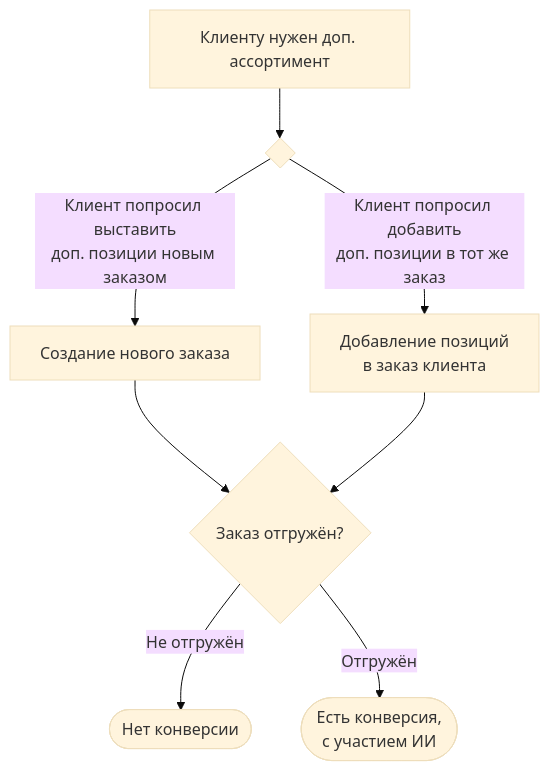
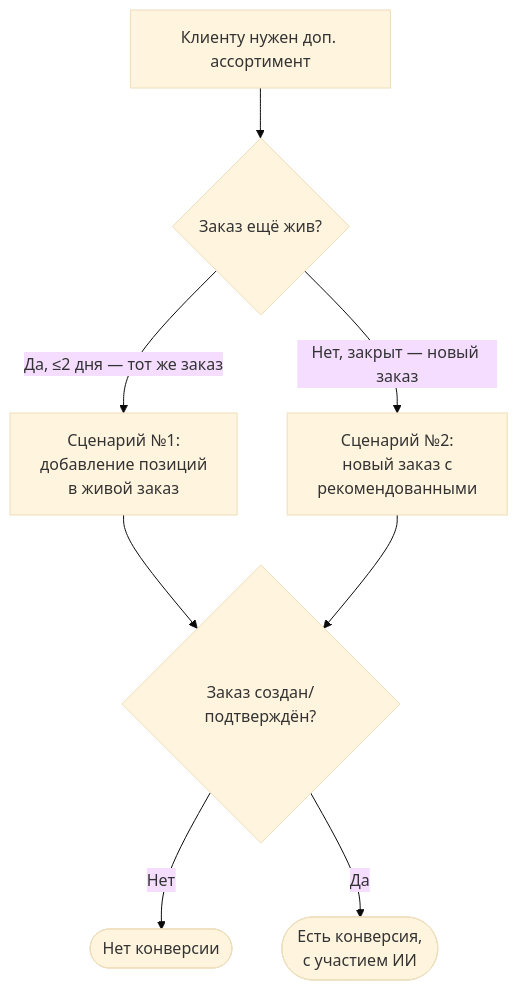
One commit to romfet/agsales changed the diagram in docs/effect_metrics.md. Above: the diagram before and after it, drawn with Mermaid (base theme). The commit also changed other lines of this file and 1 other file, not shown here.

First line of the commit message:
docs+sql: модель под механику 1С (2-дн жизнь заказа, матч+дифф, снапшоты, конверсия=создан)

````diff
--- a/docs/effect_metrics.md
+++ b/docs/effect_metrics.md
@@ -80,10 +79,10 @@
 ```mermaid
 flowchart TD
-    A[Клиенту нужен доп. ассортимент] --> B{ }
-    B -->|Клиент попросил выставить<br/>доп. позиции новым заказом| C[Создание нового заказа]
-    B -->|Клиент попросил добавить<br/>доп. позиции в тот же заказ| D[Добавление позиций<br/>в заказ клиента]
-    C --> E{Заказ отгружён?}
-    D --> E
-    E -->|Не отгружён| F([Нет конверсии])
-    E -->|Отгружён| G([Есть конверсия,<br/>с участием ИИ])
+    A[Клиенту нужен доп. ассортимент] --> B{Заказ ещё жив?}
+    B -->|Да, ≤2 дня — тот же заказ| D[Сценарий №1:<br/>добавление позиций<br/>в живой заказ]
+    B -->|Нет, закрыт — новый заказ| C[Сценарий №2:<br/>новый заказ с<br/>рекомендованными]
+    D --> E{Заказ создан/подтверждён?}
+    C --> E
+    E -->|Нет| F([Нет конверсии])
+    E -->|Да| G([Есть конверсия,<br/>с участием ИИ])
 ```
````
